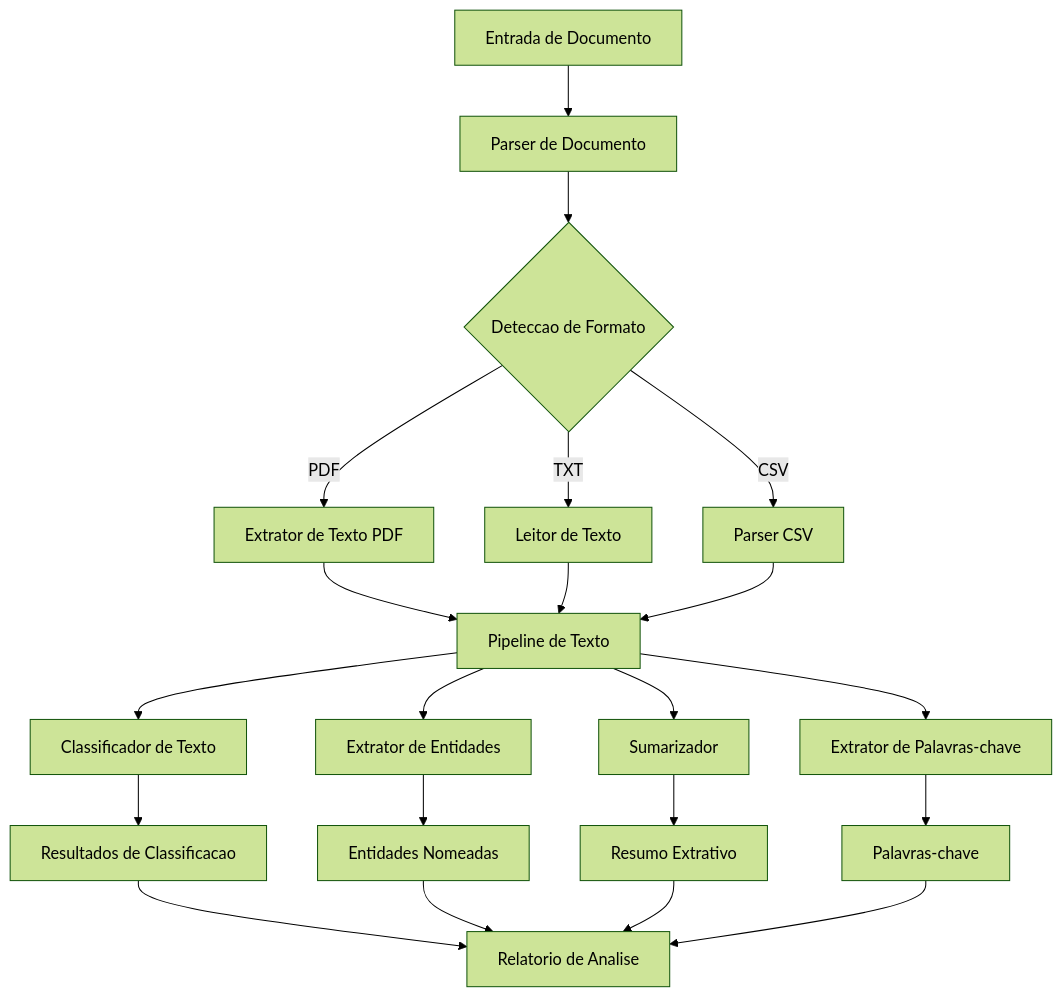
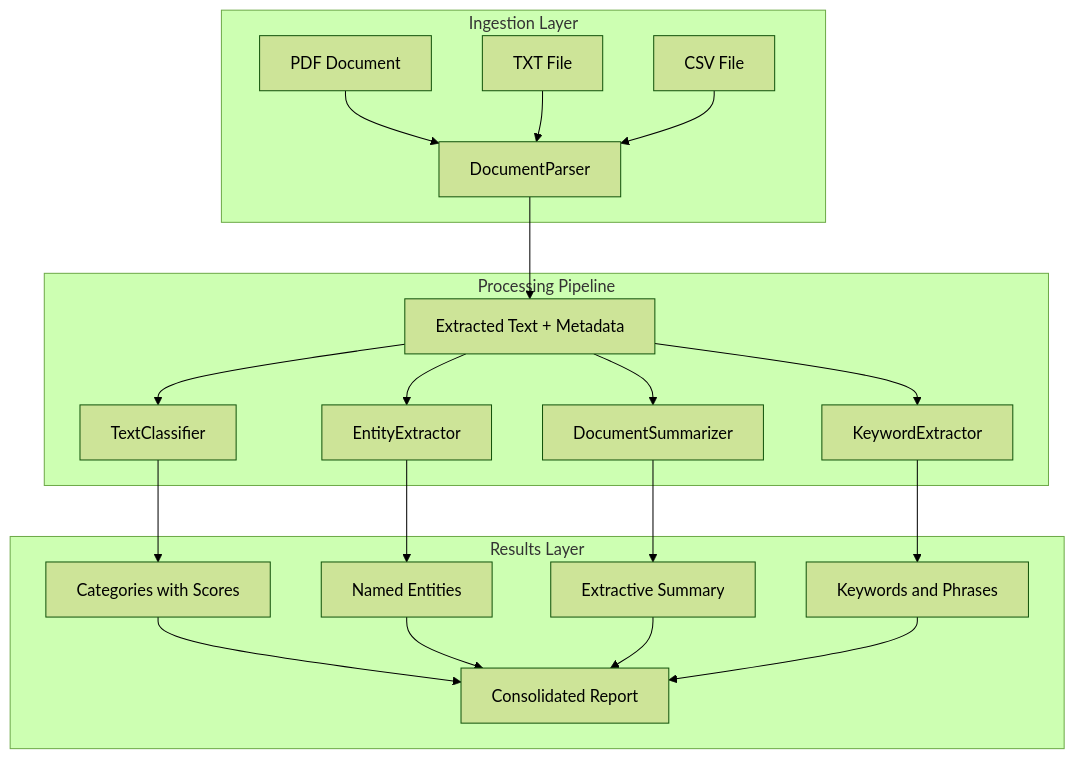
The third of 4 diagrams in README.md (galafis/Document-Intelligence-System), drawn with Mermaid (forest theme) before and after one commit. The commit also changed other lines of this file and 2 other files, not shown here.

````diff
--- a/README.md
+++ b/README.md
@@ -168,23 +237,27 @@
 ```mermaid
 graph TD
-    A[Entrada de Documento] --> B[Parser de Documento]
-    B --> C{Deteccao de Formato}
-    C -->|PDF| D[Extrator de Texto PDF]
-    C -->|TXT| E[Leitor de Texto]
-    C -->|CSV| F[Parser CSV]
-    D --> G[Pipeline de Texto]
-    E --> G
-    F --> G
-    G --> H[Classificador de Texto]
-    G --> I[Extrator de Entidades]
-    G --> J[Sumarizador]
-    G --> K[Extrator de Palavras-chave]
-    H --> L[Resultados de Classificacao]
-    I --> M[Entidades Nomeadas]
-    J --> N[Resumo Extrativo]
-    K --> O[Palavras-chave]
-    L --> P[Relatorio de Analise]
-    M --> P
-    N --> P
-    O --> P
+    subgraph Input["Ingestion Layer"]
+        A1[PDF Document] --> B[DocumentParser]
+        A2[TXT File] --> B
+        A3[CSV File] --> B
+    end
+
+    subgraph Pipeline["Processing Pipeline"]
+        B --> C[Extracted Text + Metadata]
+        C --> D[TextClassifier]
+        C --> E[EntityExtractor]
+        C --> F[DocumentSummarizer]
+        C --> G[KeywordExtractor]
+    end
+
+    subgraph Output["Results Layer"]
+        D --> H[Categories with Scores]
+        E --> I[Named Entities]
+        F --> J[Extractive Summary]
+        G --> K[Keywords and Phrases]
+        H --> L[Consolidated Report]
+        I --> L
+        J --> L
+        K --> L
+    end
 ```
````
